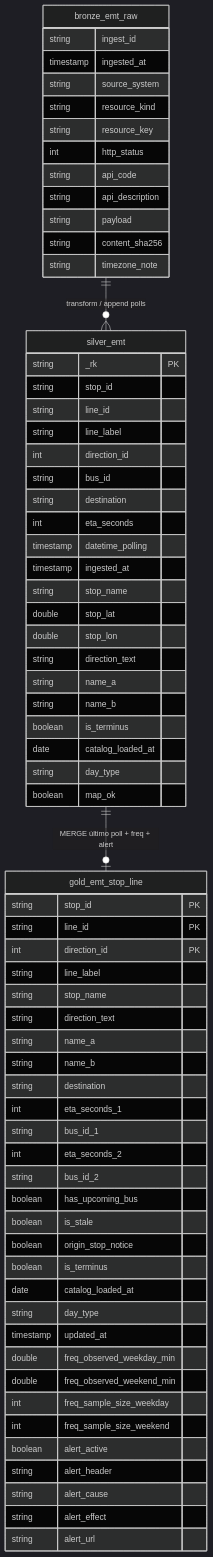
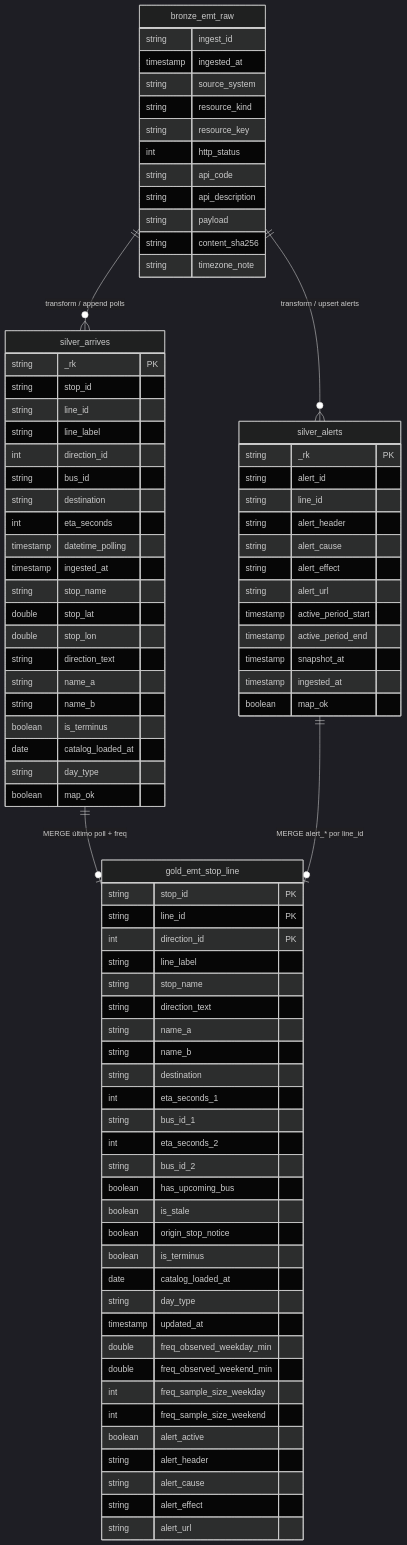
One commit to Bootcamp-IA-P6/Microsoft changed the second of 2 diagrams in docs/data-source-contract-v4.md. Above: the diagram before and after it, drawn with Mermaid (dark theme). The commit also changed other lines of this file and 7 other files, not shown here.

First line of the commit message:
docs(schema): accept silver_arrives + silver_alerts split (ADR-037, contract v4.3)

````diff
--- a/docs/data-source-contract-v4.md
+++ b/docs/data-source-contract-v4.md
@@ -145,7 +159,7 @@
     string timezone_note
   }
 
-  silver_emt {
+  silver_arrives {
     string _rk PK
     string stop_id
     string line_id
@@ -165,6 +179,21 @@
     boolean is_terminus
     date catalog_loaded_at
     string day_type
+    boolean map_ok
+  }
+
+  silver_alerts {
+    string _rk PK
+    string alert_id
+    string line_id
+    string alert_header
+    string alert_cause
+    string alert_effect
+    string alert_url
+    timestamp active_period_start
+    timestamp active_period_end
+    timestamp snapshot_at
+    timestamp ingested_at
     boolean map_ok
   }
 
@@ -200,6 +229,8 @@
     string alert_url
   }
 
-  bronze_emt_raw ||--o{ silver_emt : "transform / append polls"
-  silver_emt ||--o| gold_emt_stop_line : "MERGE último poll + freq + alert"
+  bronze_emt_raw ||--o{ silver_arrives : "transform / append polls"
+  bronze_emt_raw ||--o{ silver_alerts : "transform / upsert alerts"
+  silver_arrives ||--o| gold_emt_stop_line : "MERGE último poll + freq"
+  silver_alerts ||--o| gold_emt_stop_line : "MERGE alert_* por line_id"
 ```
````
